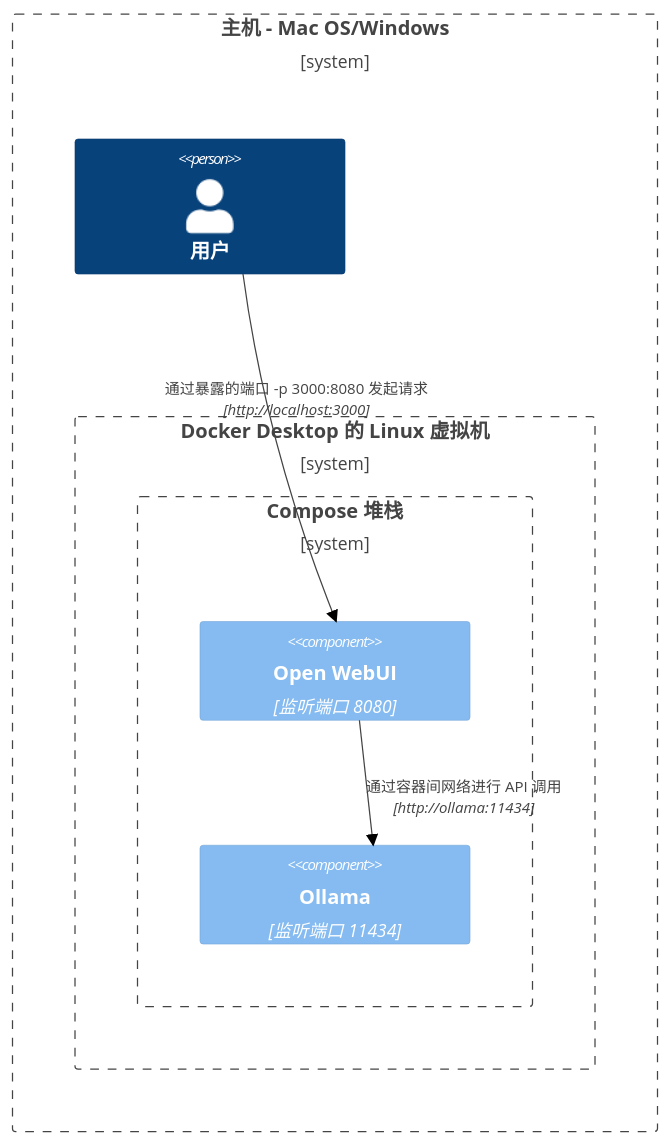
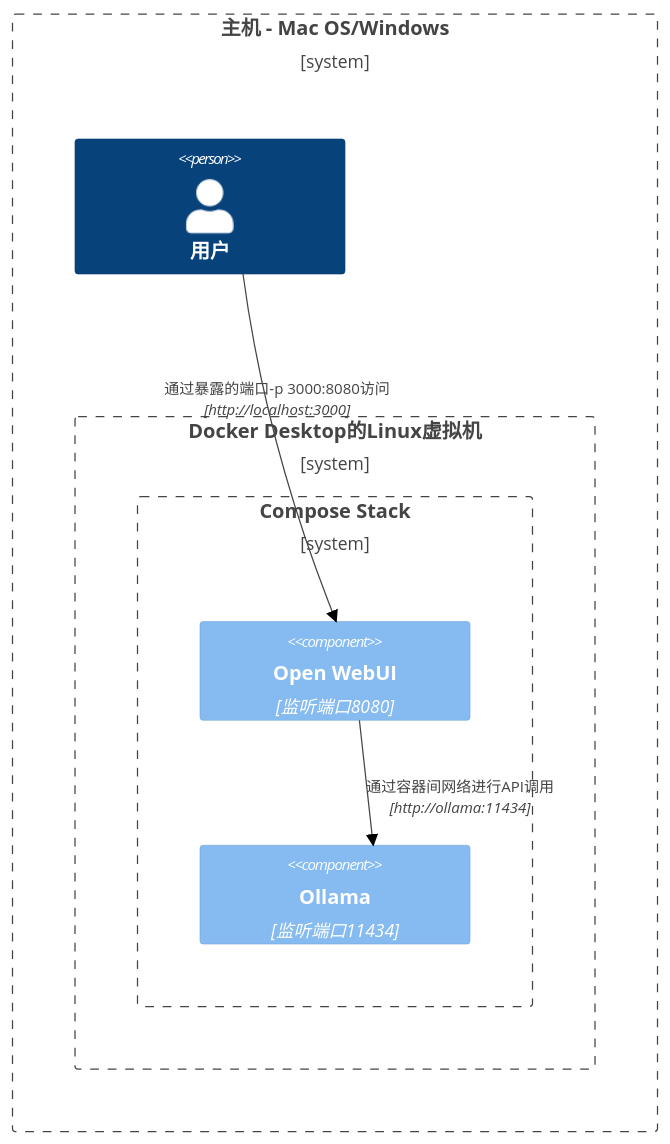
Before and after one commit to LazyG9/openwebui-doc-zh: the second of 8 diagrams in docs/troubleshooting/network-diagrams.mdx, drawn with Mermaid (neutral theme). The commit also changed other lines of this file and 11 other files, not shown here.

````diff
--- a/docs/troubleshooting/network-diagrams.mdx
+++ b/docs/troubleshooting/network-diagrams.mdx
@@ -32,15 +32,15 @@
 ```mermaid
 C4Context
 Boundary(b0, "主机 - Mac OS/Windows") {
    Person(user, "用户")
-   Boundary(b1, "Docker Desktop 的 Linux 虚拟机") {
-      Boundary(b2, "Compose 堆栈") {
-         Component(openwebui, "Open WebUI", "监听端口 8080")
-         Component(ollama, "Ollama", "监听端口 11434")
+   Boundary(b1, "Docker Desktop的Linux虚拟机") {
+      Boundary(b2, "Compose Stack") {
+         Component(openwebui, "Open WebUI", "监听端口8080")
+         Component(ollama, "Ollama", "监听端口11434")
       }
    }
 }
-Rel(openwebui, ollama, "通过容器间网络进行 API 调用", "http://ollama:11434")
-Rel(user, openwebui, "通过暴露的端口 -p 3000:8080 发起请求", "http://localhost:3000")
+Rel(openwebui, ollama, "通过容器间网络进行API调用", "http://ollama:11434")
+Rel(user, openwebui, "通过暴露的端口-p 3000:8080访问", "http://localhost:3000")
 UpdateRelStyle(user, openwebui, $offsetX="-100", $offsetY="-50")
 ```
````
